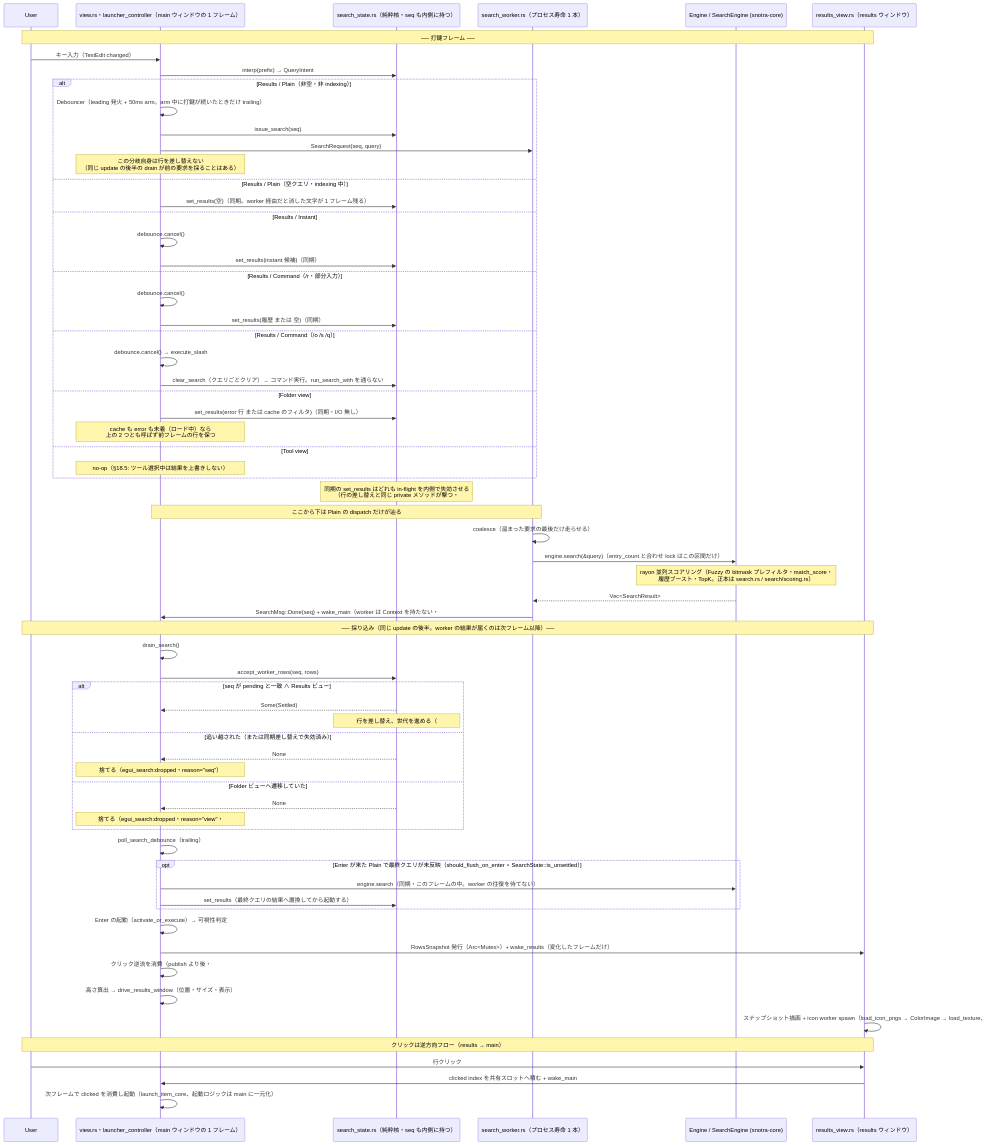
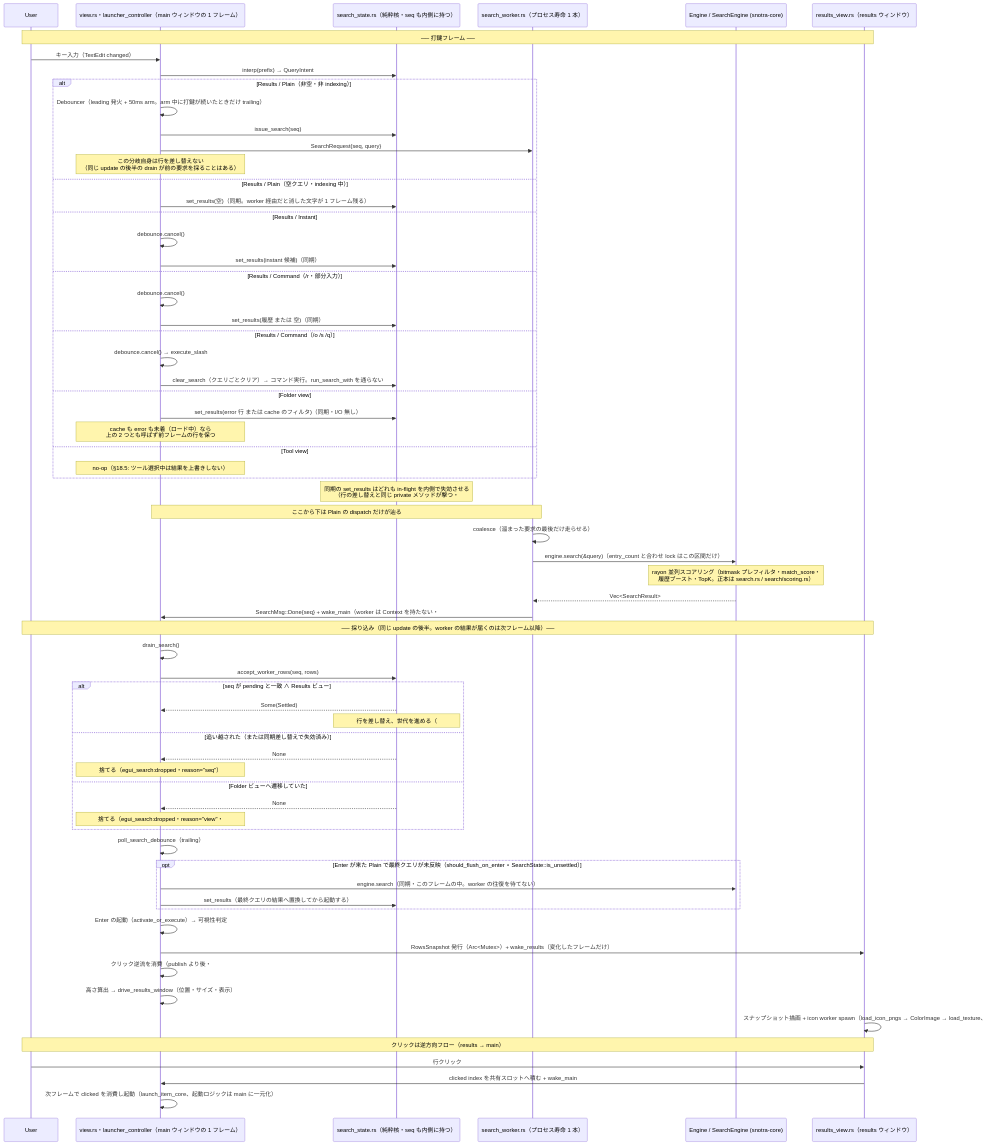
One commit to finelagusaz/Snotra changed the diagram in docs/architecture.md. Above: the diagram before and after it, drawn with Mermaid. The commit also changed other lines of this file and 8 other files, not shown here.

````diff
--- a/docs/architecture.md
+++ b/docs/architecture.md
@@ -154,72 +154,72 @@
 ```mermaid
 sequenceDiagram
     participant User
     participant View as view.rs・launcher_controller（main ウィンドウの 1 フレーム）
     participant State as search_state.rs（純粋核・seq も内側に持つ）
     participant W as search_worker.rs（プロセス寿命 1 本）
     participant Eng as Engine / SearchEngine (snotra-core)
     participant Results as results_view.rs（results ウィンドウ）
 
     Note over User,Results: ── 打鍵フレーム ──
     User->>View: キー入力（TextEdit changed）
     View->>State: interp(prefix) → QueryIntent
     alt Results / Plain（非空・非 indexing）
         View->>View: Debouncer（leading 発火 + 50ms arm。arm 中に打鍵が続いたときだけ trailing）
         View->>State: issue_search(seq)
         View->>W: SearchRequest{seq, query}
         Note over View: この分岐自身は行を差し替えない<br/>（同じ update の後半の drain が前の要求を採ることはある）
     else Results / Plain（空クエリ・indexing 中）
         View->>State: set_results(空)（同期。worker 経由だと消した文字が 1 フレーム残る）
     else Results / Instant
         View->>View: debounce.cancel()
         View->>State: set_results(instant 候補)（同期）
     else Results / Command（/r・部分入力）
         View->>View: debounce.cancel()
         View->>State: set_results(履歴 または 空)（同期）
     else Results / Command（/o /s /q）
         View->>View: debounce.cancel() → execute_slash
         View->>State: clear_search（クエリごとクリア）→ コマンド実行。run_search_with を通らない
     else Folder view
         View->>State: set_results(error 行 または cache のフィルタ)（同期・I/O 無し）
         Note over View: cache も error も未着（ロード中）なら<br/>上の 2 つとも呼ばず前フレームの行を保つ
     else Tool view
         Note over View: no-op（§18.5: ツール選択中は結果を上書きしない）
     end
     Note over State: 同期の set_results はどれも in-flight を内側で失効させる<br/>（行の差し替えと同じ private メソッドが撃つ・#1039）
 
     Note over View,W: ここから下は Plain の dispatch だけが辿る
     W->>W: coalesce（溜まった要求の最後だけ走らせる）
     W->>Eng: engine.search(&query)（entry_count と合わせ lock はこの区間だけ）
-    Note over Eng: rayon 並列スコアリング（Fuzzy の bitmask プレフィルタ・match_score・<br/>履歴ブースト・TopK。正本は search.rs / search/scoring.rs）
+    Note over Eng: rayon 並列スコアリング（bitmask プレフィルタ・match_score・<br/>履歴ブースト・TopK。正本は search.rs / search/scoring.rs）
     Eng-->>W: Vec<SearchResult>
     W->>View: SearchMsg::Done{seq} + wake_main（worker は Context を持たない・#671 PR D）
 
     Note over User,Results: ── 採り込み（同じ update の後半。worker の結果が届くのは次フレーム以降）──
     View->>View: drain_search()
     View->>State: accept_worker_rows(seq, rows)
     alt seq が pending と一致 ∧ Results ビュー
         State-->>View: Some(Settled)
         Note over State: 行を差し替え、世代を進める（#699）
     else 追い越された（または同期差し替えで失効済み）
         State-->>View: None
         Note over View: 捨てる（egui_search:dropped・reason="seq"）
     else Folder ビューへ遷移していた
         State-->>View: None
         Note over View: 捨てる（egui_search:dropped・reason="view"・#1039）<br/>Tool も同じガードが弾くが、enter_tool が先に失効させるので到達しない
     end
     View->>View: poll_search_debounce（trailing）
     opt Enter が来た Plain で最終クエリが未反映（should_flush_on_enter ∘ SearchState::is_unsettled）
         View->>Eng: engine.search（同期・このフレームの中。worker の往復を待てない）
         View->>State: set_results（最終クエリの結果へ置換してから起動する）
     end
     View->>View: Enter の起動（activate_or_execute）→ 可視性判定
     View->>Results: RowsSnapshot 発行（Arc<Mutex>）+ wake_results（変化したフレームだけ）
     View->>View: クリック逆流を消費（publish より後・#699）
     View->>View: 高さ算出 → drive_results_window（位置・サイズ・表示）
     Results->>Results: スナップショット描画 + icon worker spawn（load_icon_pngs → ColorImage → load_texture、#646 PR2 で view.rs から移管）
 
     Note over User,Results: クリックは逆方向フロー（results → main）
     User->>Results: 行クリック
     Results->>View: clicked index を共有スロットへ積む + wake_main
     View->>View: 次フレームで clicked を消費し起動（launch_item_core、起動ロジックは main に一元化）
 ```
````
